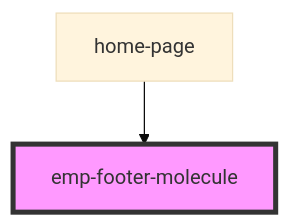
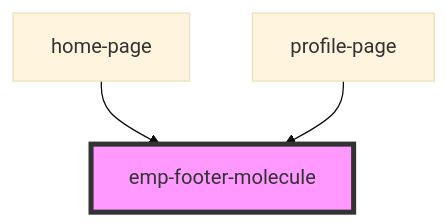
Before and after one commit to Flowrome/empatica: the diagram in empatica-frontend/src/components/molecules/emp-footer.molecule/readme.md, drawn with Mermaid (base theme). The commit also changed other lines of this file and 17 other files, not shown here.

````diff
--- a/empatica-frontend/src/components/molecules/emp-footer.molecule/readme.md
+++ b/empatica-frontend/src/components/molecules/emp-footer.molecule/readme.md
@@ -15,5 +16,6 @@
 ```mermaid
 graph TD;
   home-page --> emp-footer-molecule
+  profile-page --> emp-footer-molecule
   style emp-footer-molecule fill:#f9f,stroke:#333,stroke-width:4px
 ```
````
